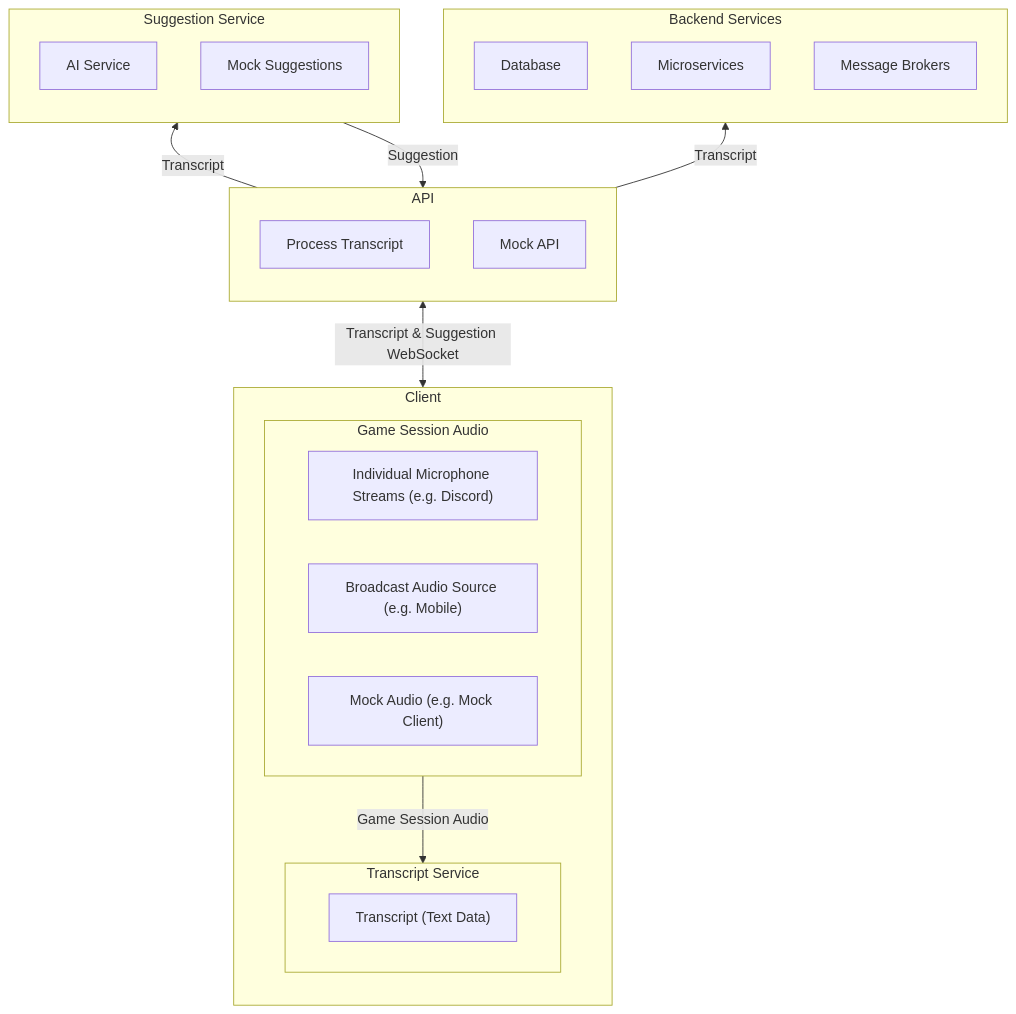
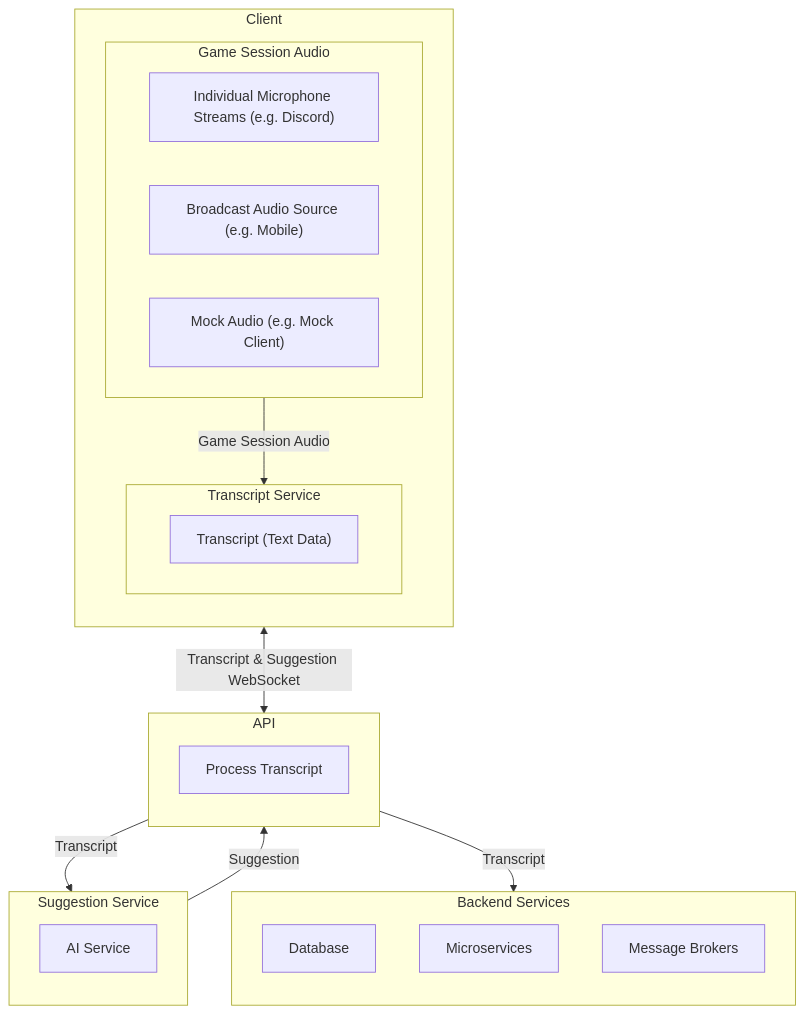
One commit to illMadeCoder/poc_co_gm changed the diagram in README.md. Above: the diagram before and after it, drawn with Mermaid. The commit also changed other lines of this file, not shown here.

Commit message:
doc: #36 readme touchup 1

````diff
--- a/README.md
+++ b/README.md
@@ -53,39 +52,37 @@
 ```mermaid
-flowchart BT
+flowchart TB
     subgraph Backend ["Backend Services"]
         direction TB
         Backend1["Database"]
         Backend2["Microservices"]
         Backend3["Message Brokers"]
     end
 
     subgraph API ["API"]
         direction TB
         API1["Process Transcript"]
-        API2["Mock API"]
     end
 
     subgraph Suggestion ["Suggestion Service"]
         direction TB
         Suggestion1["AI Service"]
-        Suggestion2["Mock Suggestions"]
     end
 
     subgraph Client ["Client"]
         direction TB
             subgraph Transcript["Transcript Service"]
             Transcript1["Transcript (Text Data)"]
         end
         subgraph Audio["Game Session Audio"]
             Audio1["Individual Microphone Streams (e.g. Discord)"]
             Audio2["Broadcast Audio Source (e.g. Mobile)"]
             Audio3["Mock Audio (e.g. Mock Client)"]
         end
     end
     
     Audio -->|Game Session Audio| Transcript
     Client <-->|Transcript & Suggestion WebSocket| API
     API --> |Transcript| Suggestion
     Suggestion --> |Suggestion| API
     API --> |Transcript| Backend
 ```
````
